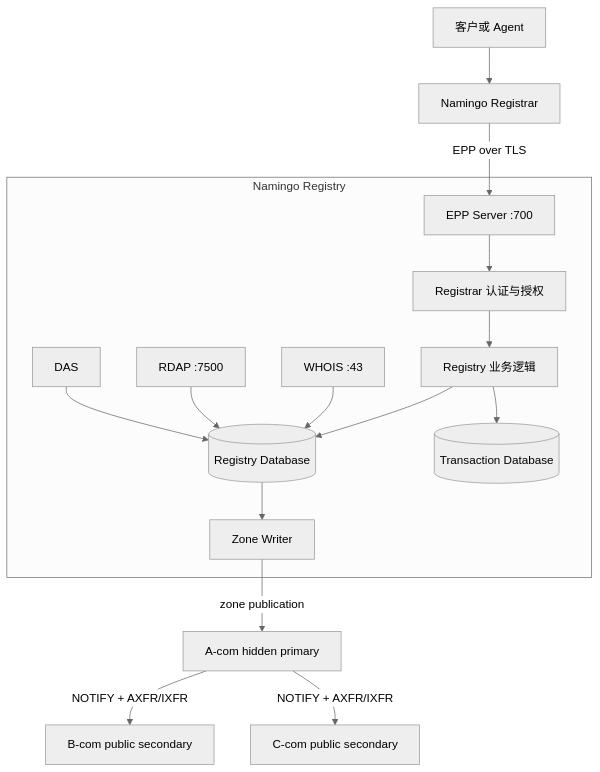
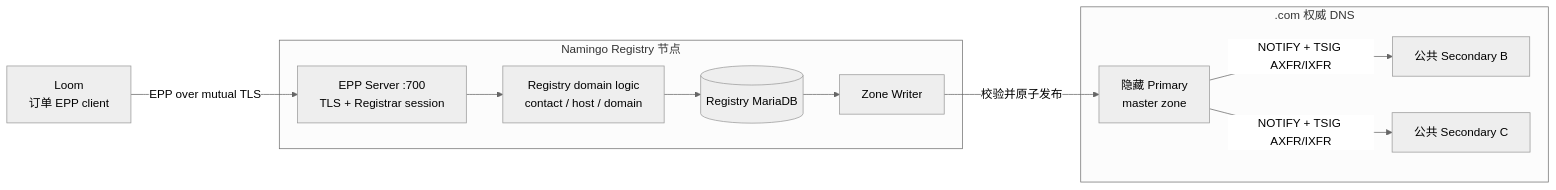
Before and after one commit to hhy123415/seedemu-agent-tools: the first of 3 diagrams in tool-service/seedemu_tool_service/tools/dns/docs/NamingoRegistry.md, drawn with Mermaid (neutral theme). The commit also changed other lines of this file and 5 other files, not shown here.

Commit message:
feat: add agent-driven domain registration workflow

````diff
--- a/tool-service/seedemu_tool_service/tools/dns/docs/NamingoRegistry.md
+++ b/tool-service/seedemu_tool_service/tools/dns/docs/NamingoRegistry.md
@@ -41,35 +7,24 @@
 ```mermaid
-flowchart TB
-    agent[客户或 Agent]
-    registrar[Namingo Registrar]
+flowchart LR
+    loom["Loom<br/>订单 EPP client"]
 
-    subgraph registry["Namingo Registry"]
-        epp[EPP Server :700]
-        auth[Registrar 认证与授权]
-        core[Registry 业务逻辑]
-        db[(Registry Database)]
-        txdb[(Transaction Database)]
-        whois[WHOIS :43]
-        rdap[RDAP :7500]
-        das[DAS]
-        writer[Zone Writer]
+    subgraph registry_node["Namingo Registry 节点"]
+        epp["EPP Server :700<br/>TLS + Registrar session"]
+        logic["Registry domain logic<br/>contact / host / domain"]
+        db[("Registry MariaDB")]
+        writer["Zone Writer"]
     end
 
-    hidden[A-com hidden primary]
-    secondary1[B-com public secondary]
-    secondary2[C-com public secondary]
+    subgraph com_dns[".com 权威 DNS"]
+        hidden["隐藏 Primary<br/>master zone"]
+        secondary_b["公共 Secondary B"]
+        secondary_c["公共 Secondary C"]
+    end
 
-    agent --> registrar
-    registrar -->|EPP over TLS| epp
-    epp --> auth
-    auth --> core
-    core --> db
-    core --> txdb
-    whois --> db
-    rdap --> db
-    das --> db
+    loom -->|"EPP over mutual TLS"| epp
+    epp --> logic --> db
     db --> writer
-    writer -->|zone publication| hidden
-    hidden -->|NOTIFY + AXFR/IXFR| secondary1
-    hidden -->|NOTIFY + AXFR/IXFR| secondary2
+    writer -->|"校验并原子发布"| hidden
+    hidden -->|"NOTIFY + TSIG AXFR/IXFR"| secondary_b
+    hidden -->|"NOTIFY + TSIG AXFR/IXFR"| secondary_c
 ```
````
